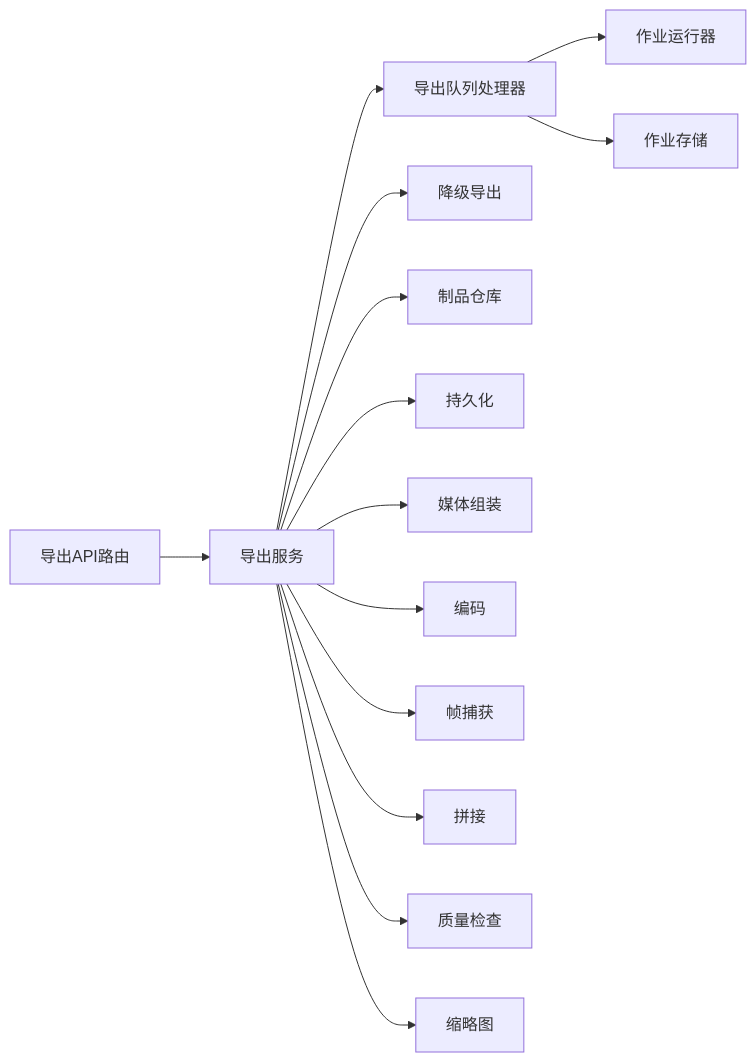
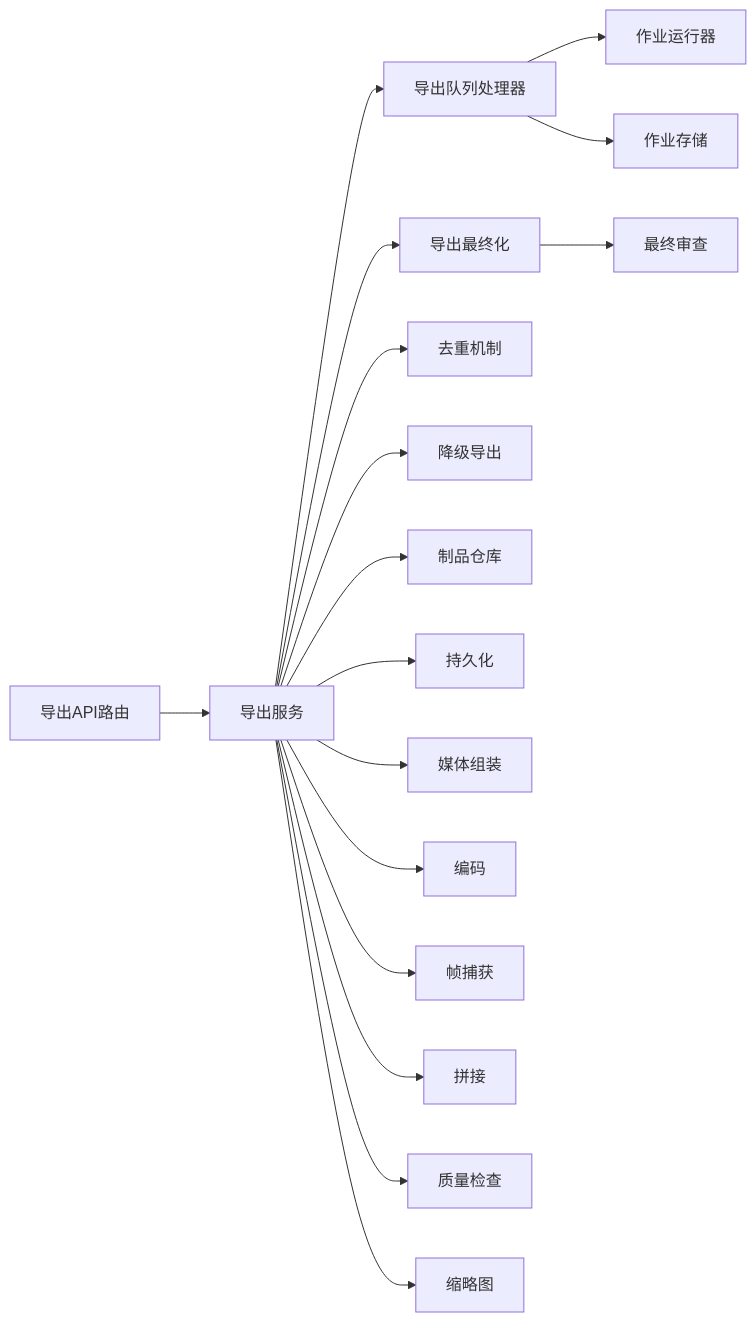
Before and after one commit to scottcwy/PurpleInk: diagram 11 of 11 in .qoder/repowiki/zh/content/渲染引擎/导出服务.md, drawn with Mermaid. The commit also changed other lines of this file and 23 other files, not shown here.

````diff
--- a/.qoder/repowiki/zh/content/渲染引擎/导出服务.md
+++ b/.qoder/repowiki/zh/content/渲染引擎/导出服务.md
@@ -495,16 +631,19 @@
 ```mermaid
 graph LR
 Route["导出API路由"] --> Service["导出服务"]
 Service --> Queue["导出队列处理器"]
+Service --> Finalization["导出最终化"]
+Service --> Dedup["去重机制"]
 Service --> Degraded["降级导出"]
 Service --> Repo["制品仓库"]
 Service --> Persist["持久化"]
 Service --> Assembly["媒体组装"]
 Service --> EncodeMod["编码"]
 Service --> Capture["帧捕获"]
 Service --> ConcatMod["拼接"]
 Service --> QA["质量检查"]
 Service --> Thumb["缩略图"]
 Queue --> Runner["作业运行器"]
 Queue --> Store["作业存储"]
+Finalization --> Review["最终审查"]
 ```
````
